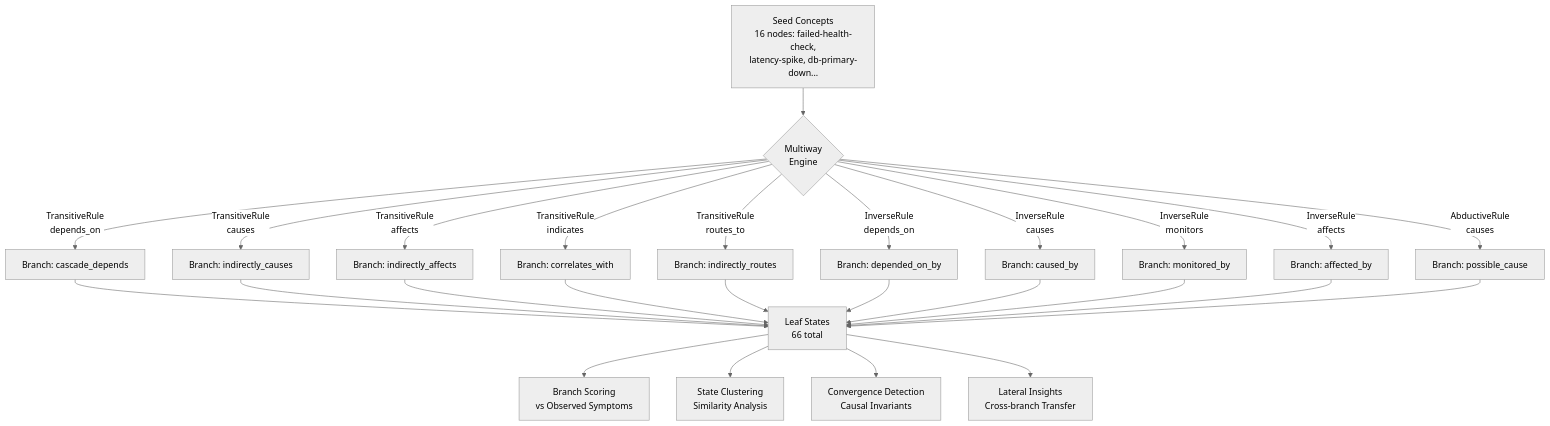
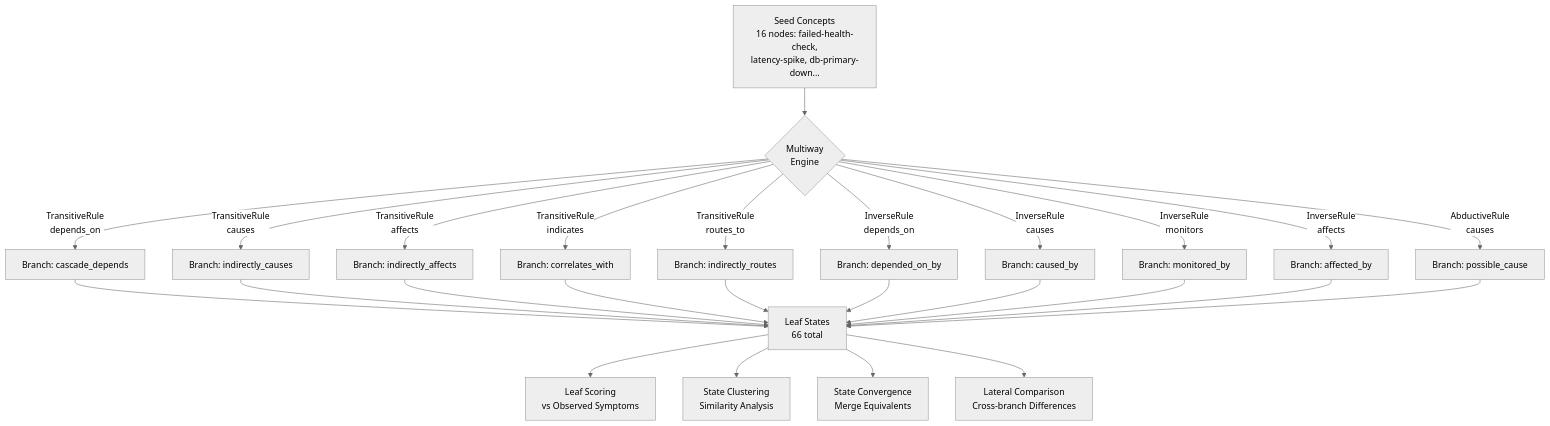
One commit to antquinonez/Hyper3 changed the second of 4 diagrams in examples/showcase/reasoning/multiway_reasoning/README.md. Above: the diagram before and after it, drawn with Mermaid (neutral theme). The commit also changed other lines of this file and 13 other files, not shown here.

````diff
--- a/examples/showcase/reasoning/multiway_reasoning/README.md
+++ b/examples/showcase/reasoning/multiway_reasoning/README.md
@@ -139,33 +145,33 @@
 ```mermaid
 graph TD
     SEED["Seed Concepts<br/>16 nodes: failed-health-check,<br/>latency-spike, db-primary-down..."]
 
     SEED --> MW{"Multiway<br/>Engine"}
 
     MW -->|"TransitiveRule<br/>depends_on"| B1["Branch: cascade_depends"]
     MW -->|"TransitiveRule<br/>causes"| B2["Branch: indirectly_causes"]
     MW -->|"TransitiveRule<br/>affects"| B3["Branch: indirectly_affects"]
     MW -->|"TransitiveRule<br/>indicates"| B4["Branch: correlates_with"]
     MW -->|"TransitiveRule<br/>routes_to"| B5["Branch: indirectly_routes"]
     MW -->|"InverseRule<br/>depends_on"| B6["Branch: depended_on_by"]
     MW -->|"InverseRule<br/>causes"| B7["Branch: caused_by"]
     MW -->|"InverseRule<br/>monitors"| B8["Branch: monitored_by"]
     MW -->|"InverseRule<br/>affects"| B9["Branch: affected_by"]
     MW -->|"AbductiveRule<br/>causes"| B10["Branch: possible_cause"]
 
     B1 --> LEAF1["Leaf States<br/>66 total"]
     B2 --> LEAF1
     B3 --> LEAF1
     B4 --> LEAF1
     B5 --> LEAF1
     B6 --> LEAF1
     B7 --> LEAF1
     B8 --> LEAF1
     B9 --> LEAF1
     B10 --> LEAF1
 
-    LEAF1 --> SCORE["Branch Scoring<br/>vs Observed Symptoms"]
+    LEAF1 --> SCORE["Leaf Scoring<br/>vs Observed Symptoms"]
     LEAF1 --> CLUSTER["State Clustering<br/>Similarity Analysis"]
-    LEAF1 --> CONVERGE["Convergence Detection<br/>Causal Invariants"]
-    LEAF1 --> LATERAL["Lateral Insights<br/>Cross-branch Transfer"]
+    LEAF1 --> CONVERGE["State Convergence<br/>Merge Equivalents"]
+    LEAF1 --> LATERAL["Lateral Comparison<br/>Cross-branch Differences"]
 ```
````
